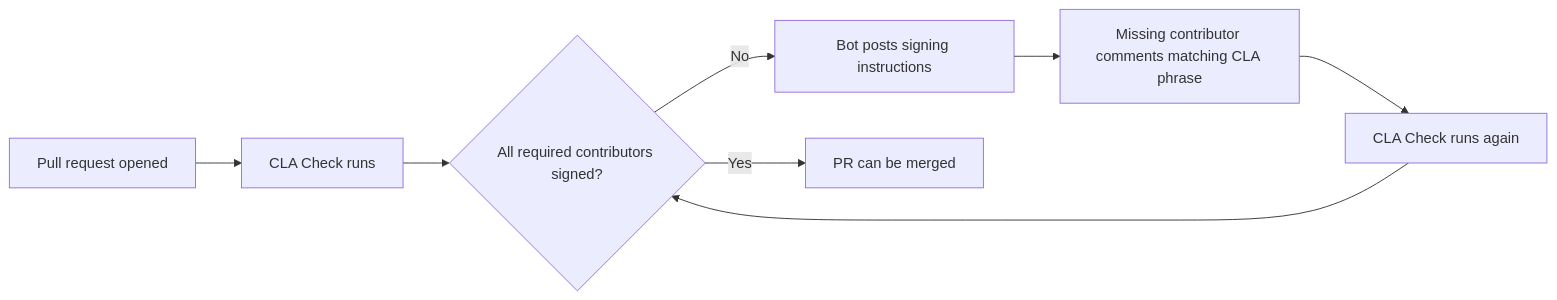
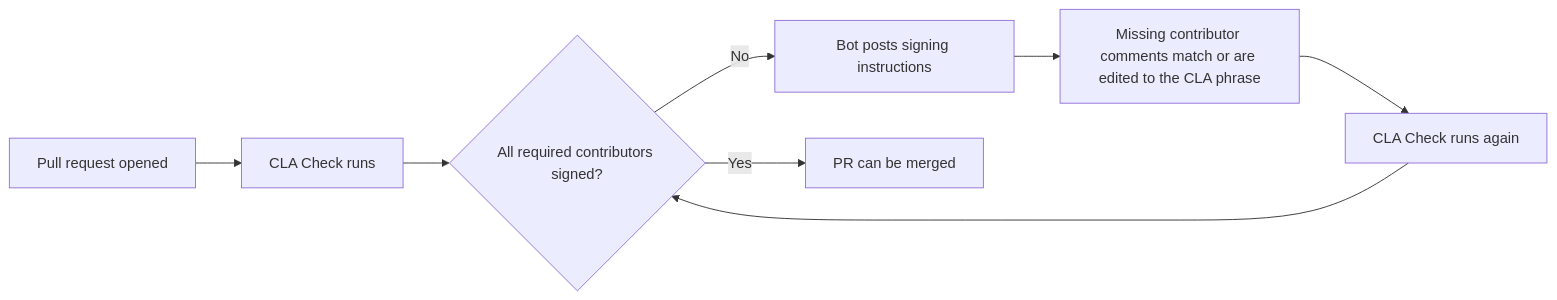
Before and after one commit to overtrue/cla-bot: the diagram in README.md, drawn with Mermaid. The commit also changed other lines of this file and 13 other files, not shown here.

Commit message:
fix: recover edited cla comments and backfill signatures

````diff
--- a/README.md
+++ b/README.md
@@ -75,10 +75,10 @@
 ```mermaid
 flowchart LR
   A["Pull request opened"] --> B["CLA Check runs"]
   B --> C{"All required contributors signed?"}
   C -->|No| D["Bot posts signing instructions"]
-  D --> E["Missing contributor comments matching CLA phrase"]
+  D --> E["Missing contributor comments match or are edited to the CLA phrase"]
   E --> F["CLA Check runs again"]
   F --> C
   C -->|Yes| G["PR can be merged"]
 ```
````
